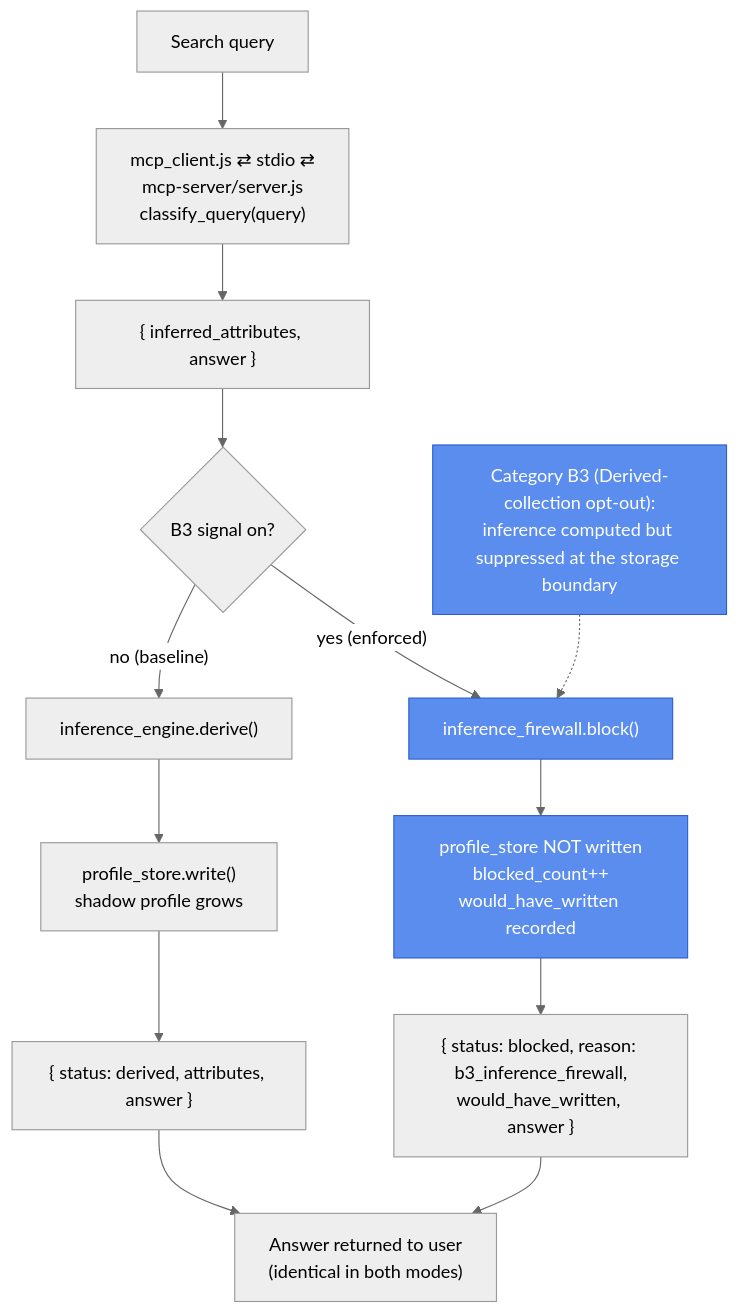
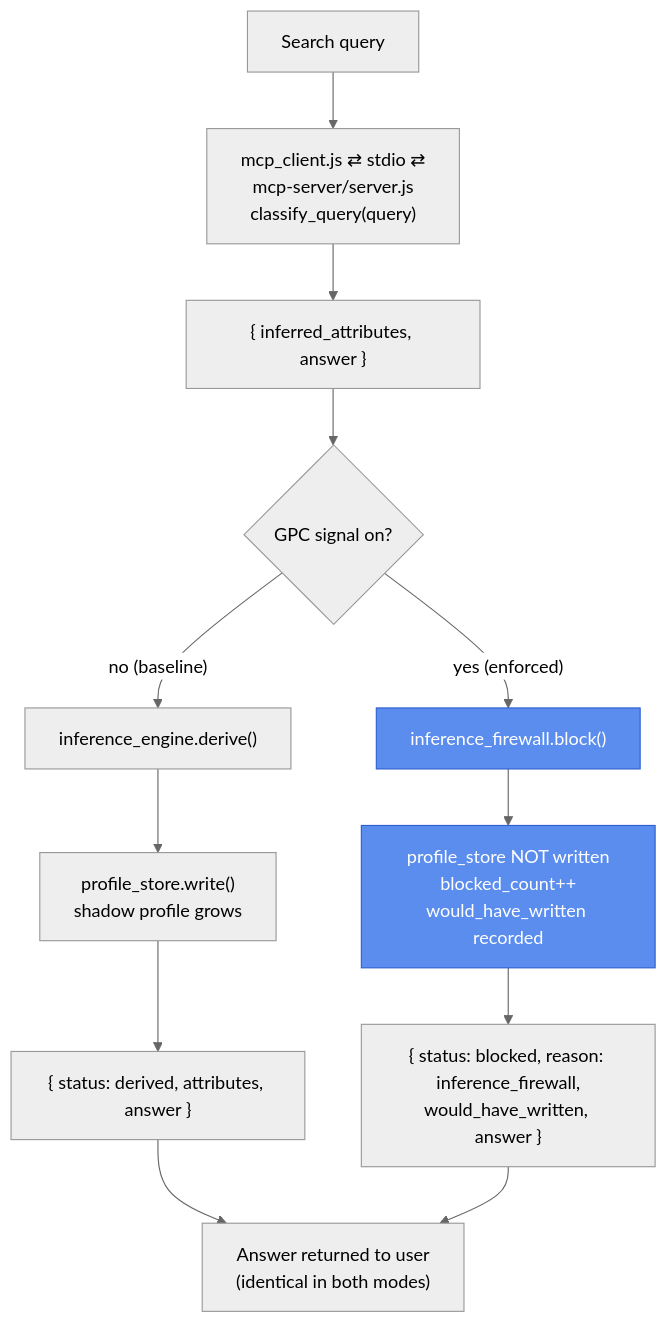
Before and after one commit to privacy-tech-lab/gpc-ai-agents-prototypes: the diagram in prototype-5/README.md, drawn with Mermaid (neutral theme). The commit also changed other lines of this file and 82 other files, not shown here.

````diff
--- a/prototype-5/README.md
+++ b/prototype-5/README.md
@@ -33,18 +33,17 @@
 ```mermaid
 flowchart TD
     Q["Search query"] --> MC["mcp_client.js ⇄ stdio ⇄\nmcp-server/server.js\nclassify_query(query)"]
     MC --> CL["{ inferred_attributes, answer }"]
-    CL --> B3{"B3 signal on?"}
-    B3 -- "no (baseline)" --> ENG["inference_engine.derive()"]
+    CL --> SIG{"GPC signal on?"}
+    SIG -- "no (baseline)" --> ENG["inference_engine.derive()"]
     ENG --> WR["profile_store.write()\nshadow profile grows"]
     WR --> R1["{ status: derived, attributes, answer }"]
-    B3 -- "yes (enforced)" --> FW["inference_firewall.block()"]
+    SIG -- "yes (enforced)" --> FW["inference_firewall.block()"]
     FW --> NW["profile_store NOT written\nblocked_count++\nwould_have_written recorded"]
-    NW --> R2["{ status: blocked, reason: b3_inference_firewall,\nwould_have_written, answer }"]
+    NW --> R2["{ status: blocked, reason: inference_firewall,\nwould_have_written, answer }"]
     R1 --> ANS["Answer returned to user\n(identical in both modes)"]
     R2 --> ANS
 
-    classDef category fill:#5b8def,stroke:#2f5fce,color:#fff
-    class FW,NW category
-    B3cat["Category B3 (Derived-collection opt-out):\ninference computed but suppressed at the storage boundary"]:::category -.-> FW
+    classDef enforced fill:#5b8def,stroke:#2f5fce,color:#fff
+    class FW,NW enforced
 ```
````
